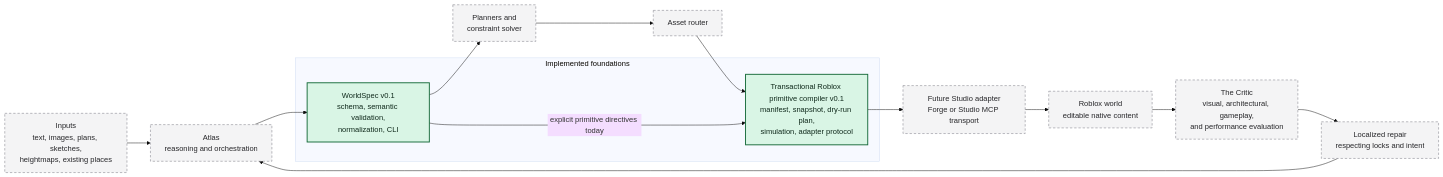
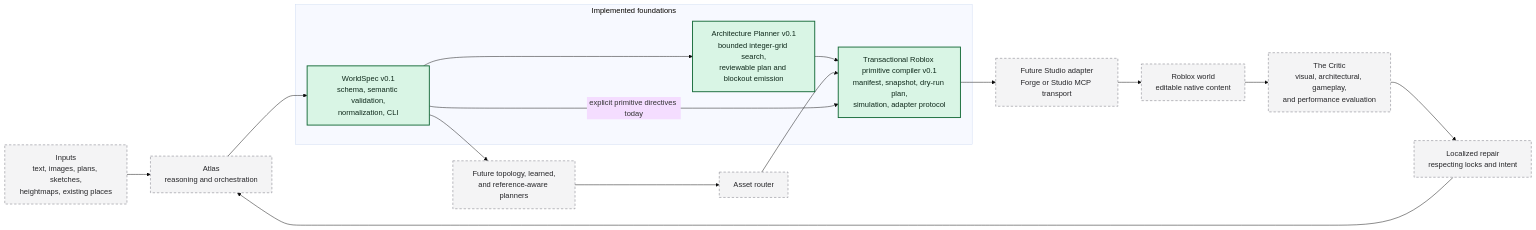
Before and after one commit to kotonja/Worldwright: the diagram in docs/architecture/system-overview.md, drawn with Mermaid (base theme). The commit also changed other lines of this file and 66 other files, not shown here.

First line of the commit message:
Add deterministic architectural blockout planner (#3)

````diff
--- a/docs/architecture/system-overview.md
+++ b/docs/architecture/system-overview.md
@@ -16,34 +19,37 @@
 ```mermaid
 flowchart LR
     Inputs["Inputs<br/>text, images, plans, sketches,<br/>heightmaps, existing places"]
     Atlas["Atlas<br/>reasoning and orchestration"]
 
     subgraph Current["Implemented foundations"]
         WorldSpec["WorldSpec v0.1<br/>schema, semantic validation,<br/>normalization, CLI"]
+        ArchitecturePlanner["Architecture Planner v0.1<br/>bounded integer-grid search,<br/>reviewable plan and blockout emission"]
         RobloxCompiler["Transactional Roblox primitive compiler v0.1<br/>manifest, snapshot, dry-run plan,<br/>simulation, adapter protocol"]
     end
 
-    Planners["Planners and<br/>constraint solver"]
+    FuturePlanners["Future topology, learned,<br/>and reference-aware planners"]
     Router["Asset router"]
     LiveAdapter["Future Studio adapter<br/>Forge or Studio MCP transport"]
     World["Roblox world<br/>editable native content"]
     Critic["The Critic<br/>visual, architectural, gameplay,<br/>and performance evaluation"]
     Repair["Localized repair<br/>respecting locks and intent"]
 
     Inputs --> Atlas
     Atlas --> WorldSpec
-    WorldSpec --> Planners
-    Planners --> Router
+    WorldSpec --> ArchitecturePlanner
+    ArchitecturePlanner --> RobloxCompiler
+    WorldSpec --> FuturePlanners
+    FuturePlanners --> Router
     Router --> RobloxCompiler
     WorldSpec -->|"explicit primitive directives today"| RobloxCompiler
     RobloxCompiler --> LiveAdapter
     LiveAdapter --> World
     World --> Critic
     Critic --> Repair
     Repair --> Atlas
 
     classDef current fill:#d9f5e5,stroke:#176b3a,stroke-width:2px,color:#102a1c;
     classDef future fill:#f4f4f5,stroke:#71717a,stroke-dasharray:5 4,color:#27272a;
-    class WorldSpec,RobloxCompiler current;
-    class Inputs,Atlas,Planners,Router,LiveAdapter,World,Critic,Repair future;
+    class WorldSpec,ArchitecturePlanner,RobloxCompiler current;
+    class Inputs,Atlas,FuturePlanners,Router,LiveAdapter,World,Critic,Repair future;
 ```
````
